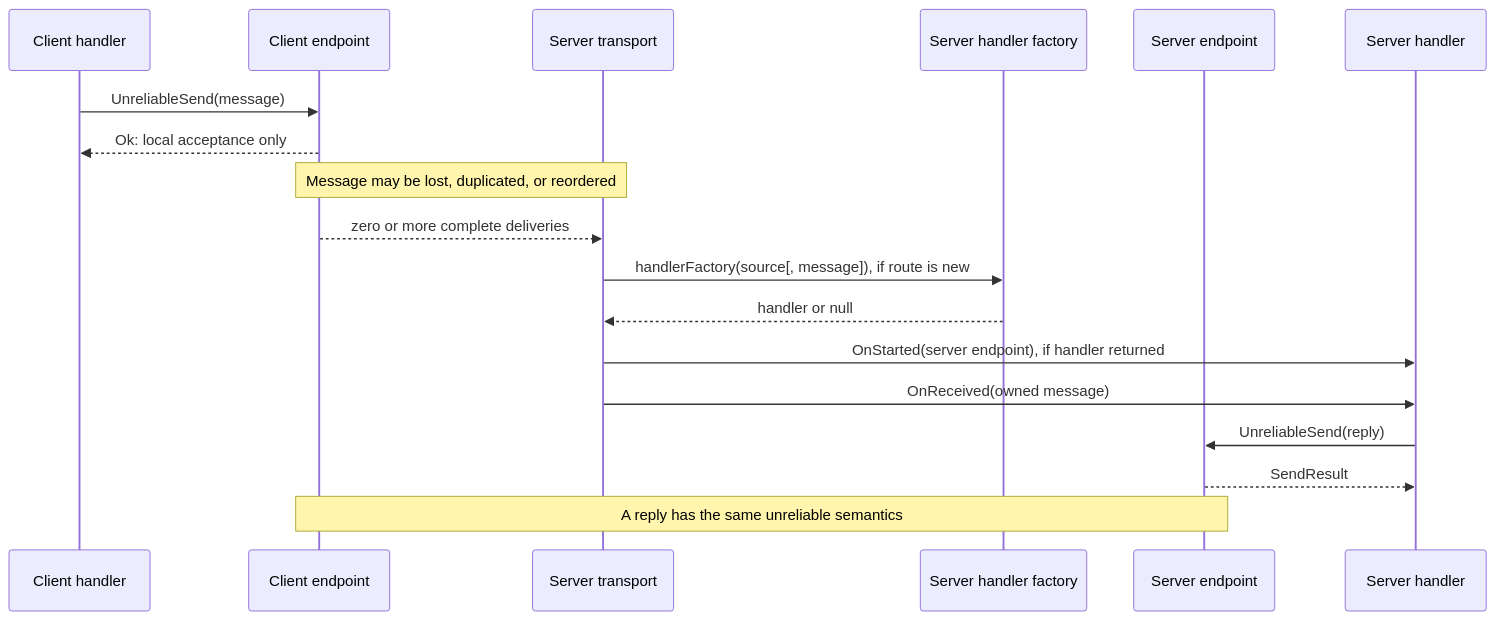
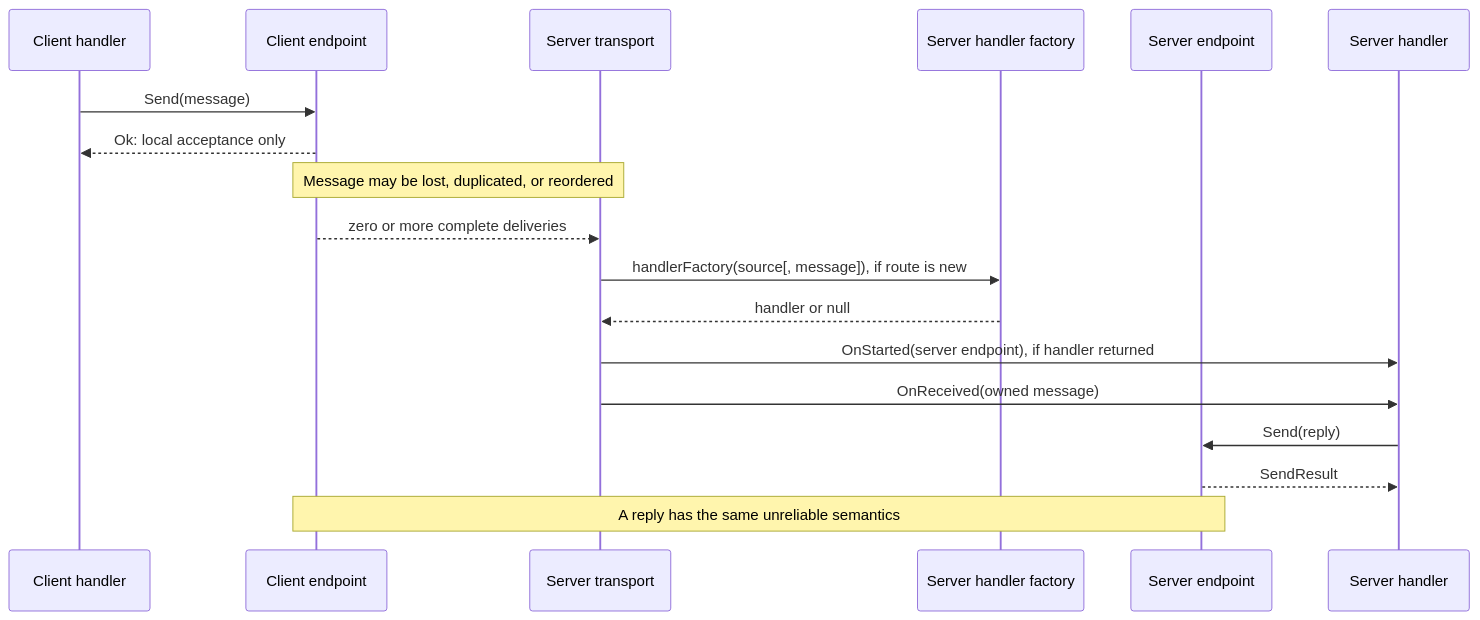
One commit to FyodorZh/Pontifex changed the second of 2 diagrams in Pontifex/Abstractions/Transports/Raw/Unreliable/Specification.md. Above: the diagram before and after it, drawn with Mermaid. The commit also changed other lines of this file and 14 other files, not shown here.

Commit message:
Merged Send() and UnreliableSend() into IRawEndpoint

````diff
--- a/Pontifex/Abstractions/Transports/Raw/Unreliable/Specification.md
+++ b/Pontifex/Abstractions/Transports/Raw/Unreliable/Specification.md
@@ -337,21 +345,21 @@
 ```mermaid
 sequenceDiagram
     participant C as Client handler
     participant CE as Client endpoint
     participant ST as Server transport
     participant SF as Server handler factory
     participant SE as Server endpoint
     participant S as Server handler
 
-    C->>CE: UnreliableSend(message)
+    C->>CE: Send(message)
     CE-->>C: Ok: local acceptance only
     Note over CE,ST: Message may be lost, duplicated, or reordered
     CE-->>ST: zero or more complete deliveries
     ST->>SF: handlerFactory(source[, message]), if route is new
     SF-->>ST: handler or null
     ST->>S: OnStarted(server endpoint), if handler returned
     ST->>S: OnReceived(owned message)
-    S->>SE: UnreliableSend(reply)
+    S->>SE: Send(reply)
     SE-->>S: SendResult
     Note over SE,CE: A reply has the same unreliable semantics
 ```
````
